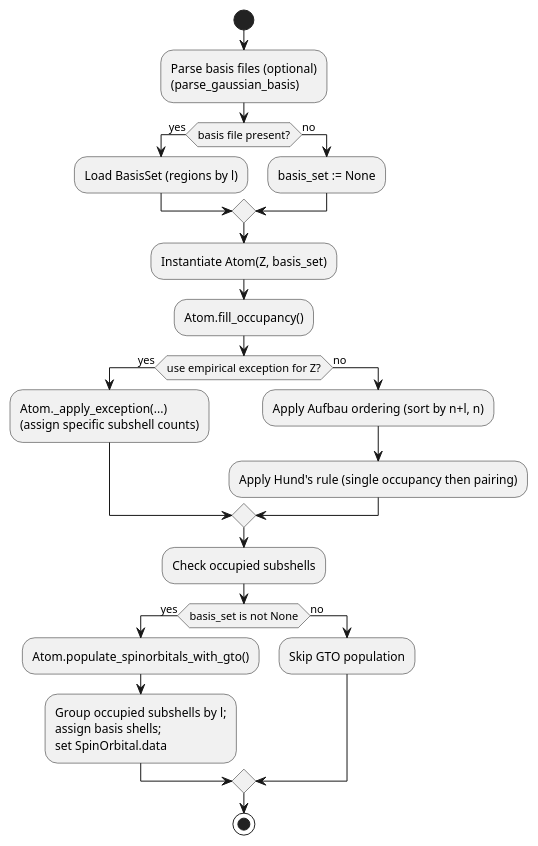
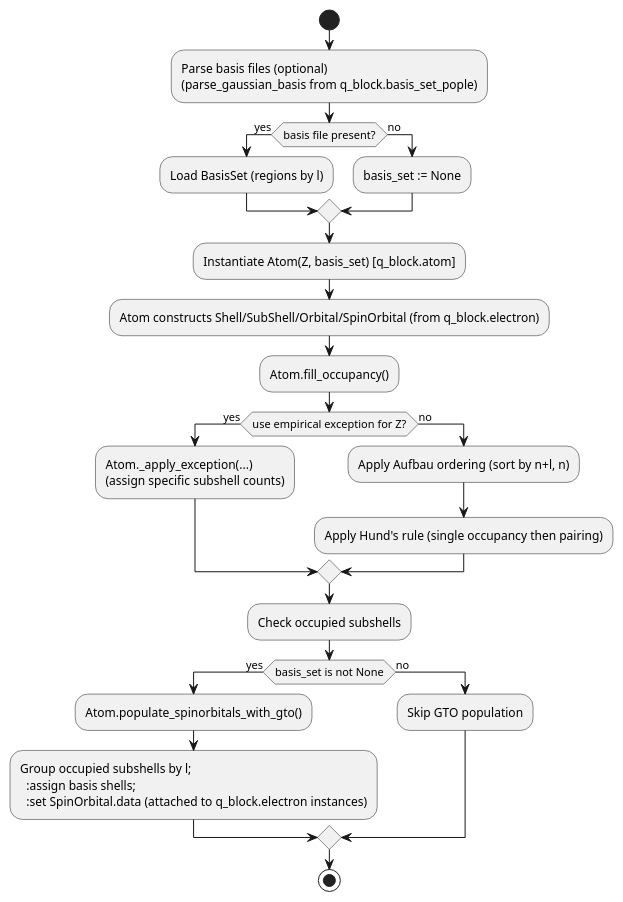
One commit to milosz-martynow/qBlock changed the diagram in architecture/activity_q_block.puml. Above: the diagram before and after it, drawn with PlantUML. The commit also changed 3 other files, not shown here.

Commit message:
refactorization of classes. electron script created instead of containing this information in atom script

```diff
--- a/architecture/activity_q_block.puml
+++ b/architecture/activity_q_block.puml
@@ -1,26 +1,27 @@
 @startuml
 ' Activity diagram showing a typical sequence of actions in q_block
 start
-:Parse basis files (optional)\n(parse_gaussian_basis);
+:Parse basis files (optional)\n(parse_gaussian_basis from q_block.basis_set_pople);
 if (basis file present?) then (yes)
   :Load BasisSet (regions by l);
 else (no)
   :basis_set := None;
 endif
-:Instantiate Atom(Z, basis_set);
+:Instantiate Atom(Z, basis_set) [q_block.atom];
+:Atom constructs Shell/SubShell/Orbital/SpinOrbital (from q_block.electron);
 :Atom.fill_occupancy();
 if (use empirical exception for Z?) then (yes)
   :Atom._apply_exception(...)\n(assign specific subshell counts);
 else (no)
   :Apply Aufbau ordering (sort by n+l, n);
   :Apply Hund's rule (single occupancy then pairing);
 endif
 :Check occupied subshells;
 if (basis_set is not None) then (yes)
   :Atom.populate_spinorbitals_with_gto();
-  :Group occupied subshells by l;\nassign basis shells;\nset SpinOrbital.data;
+  :Group occupied subshells by l;\n  :assign basis shells;\n  :set SpinOrbital.data (attached to q_block.electron instances);
 else (no)
   :Skip GTO population;
 endif
 stop
 @enduml
```
